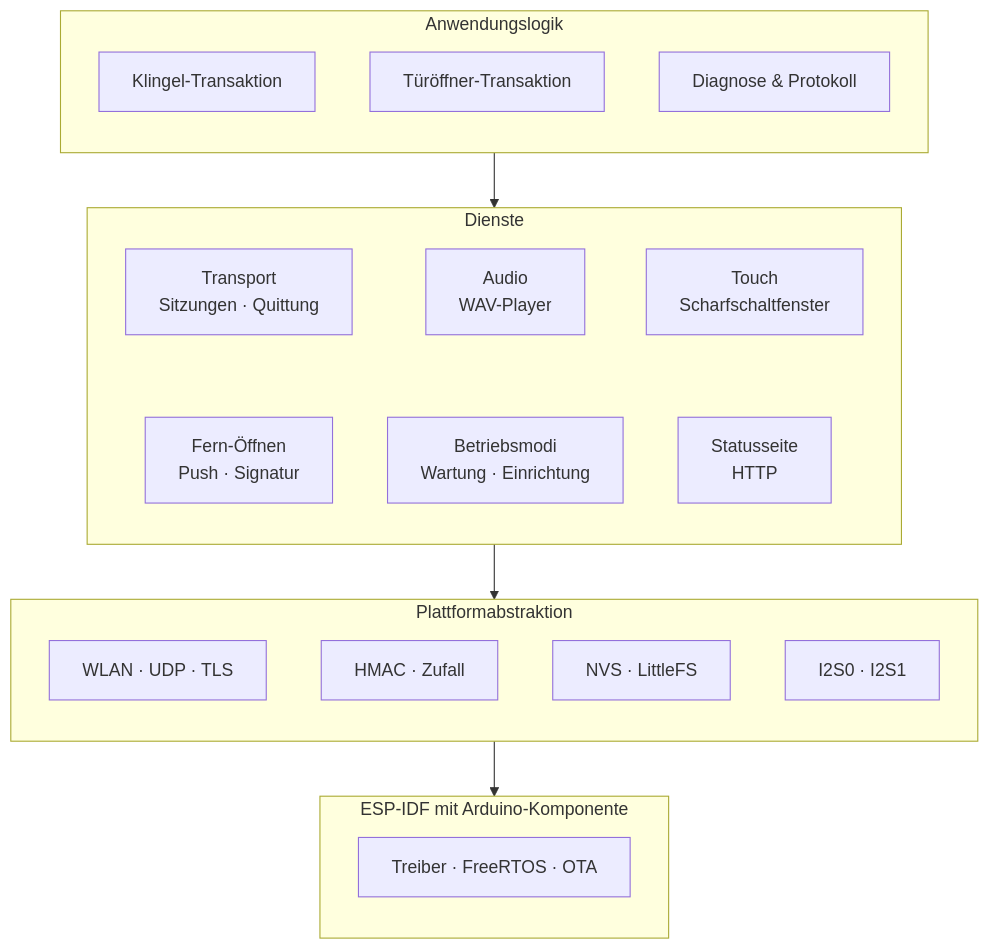
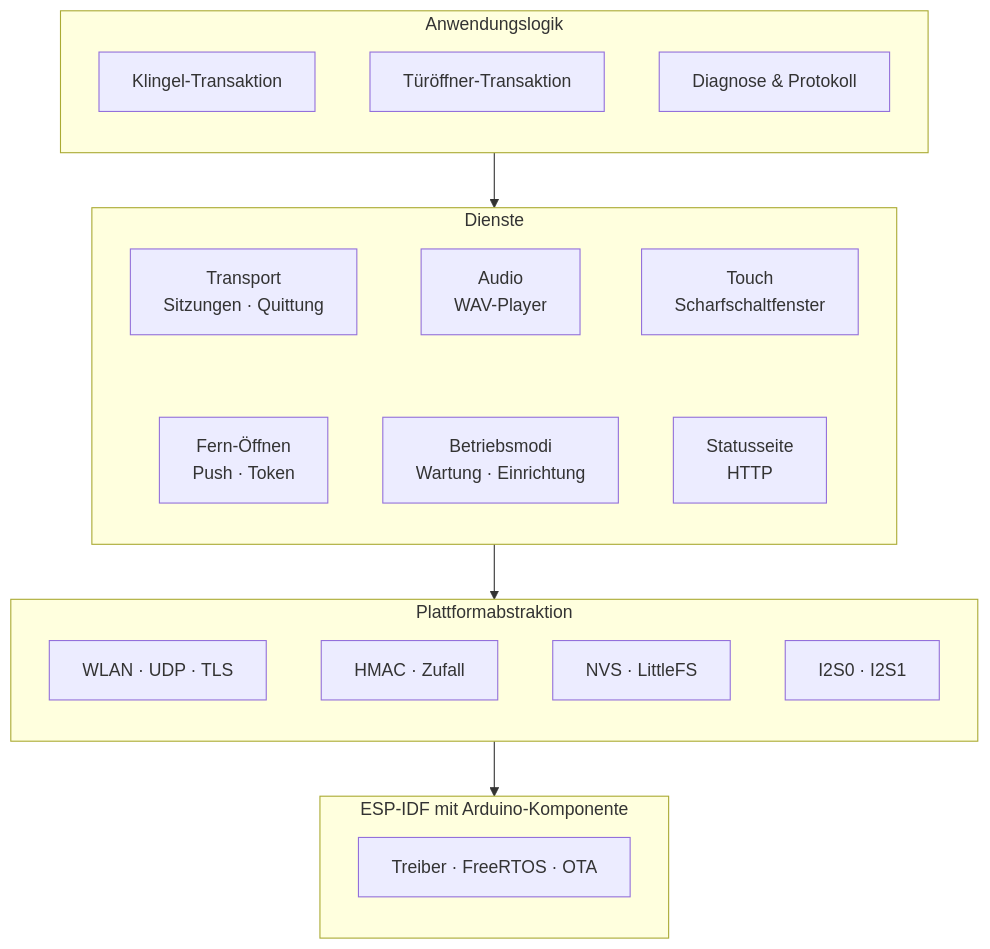
Before and after one commit to akoerner-dev/ClearBell: the second of 9 diagrams in docs/Softwarearchitektur_V0.2.md, drawn with Mermaid. The commit also changed other lines of this file and 19 other files, not shown here.

First line of the commit message:
R27 umgesetzt: Fern-Öffnen nur mit ntfy, beide Wohnungen, Ausfallmeldung

````diff
--- a/docs/Softwarearchitektur_V0.2.md
+++ b/docs/Softwarearchitektur_V0.2.md
@@ -201,33 +201,33 @@
 ```mermaid
 graph TD
     subgraph L4["Anwendungslogik"]
         direction TB
         KL["Klingel-Transaktion"]
         TU["Türöffner-Transaktion"]
         ST["Diagnose & Protokoll"]
     end
     subgraph L3["Dienste"]
         direction TB
         TX["Transport<br/>Sitzungen · Quittung"]
         AU["Audio<br/>WAV-Player"]
         TC["Touch<br/>Scharfschaltfenster"]
-        PU["Fern-Öffnen<br/>Push · Signatur"]
+        PU["Fern-Öffnen<br/>Push · Token"]
         MO["Betriebsmodi<br/>Wartung · Einrichtung"]
         WB["Statusseite<br/>HTTP"]
         TX ~~~ PU
         AU ~~~ MO
         TC ~~~ WB
     end
     subgraph L2["Plattformabstraktion"]
         direction TB
         NET["WLAN · UDP · TLS"]
         CRY["HMAC · Zufall"]
         FS["NVS · LittleFS"]
         I2S["I2S0 · I2S1"]
     end
     subgraph L1["ESP-IDF mit Arduino-Komponente"]
         direction TB
         HW["Treiber · FreeRTOS · OTA"]
     end
     L4 --> L3 --> L2 --> L1
 ```
````
